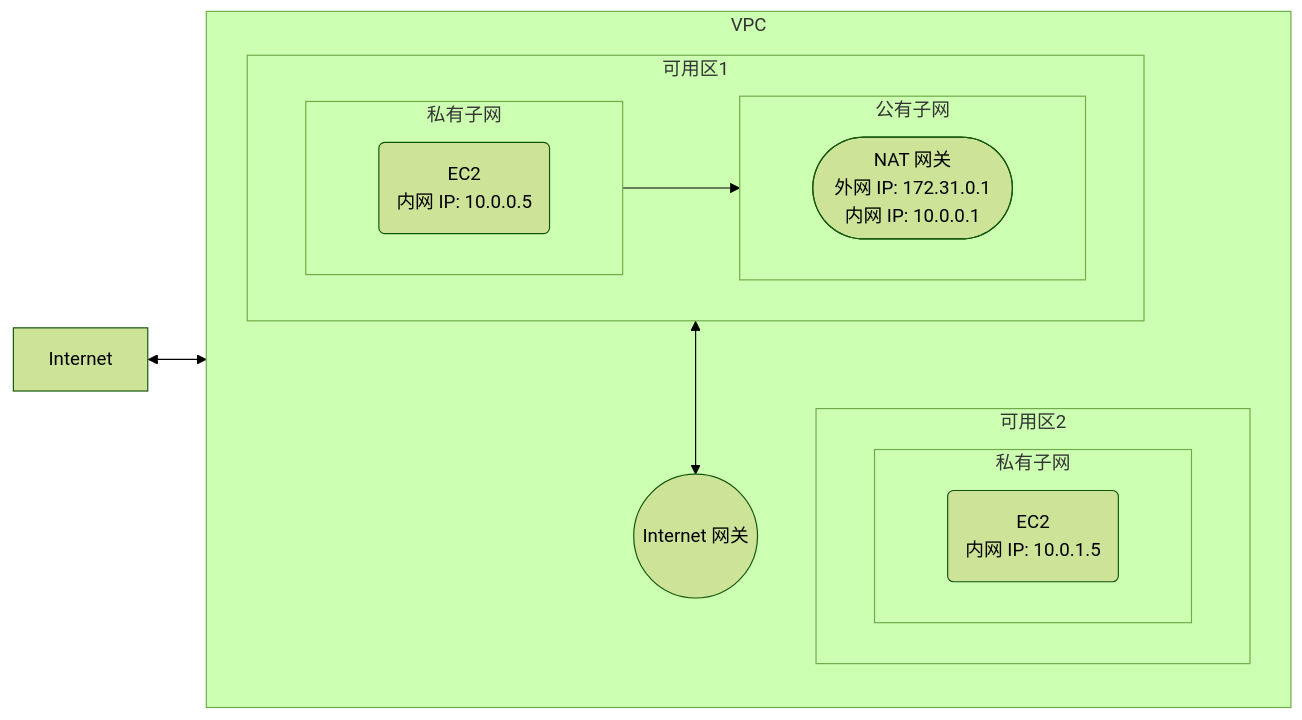
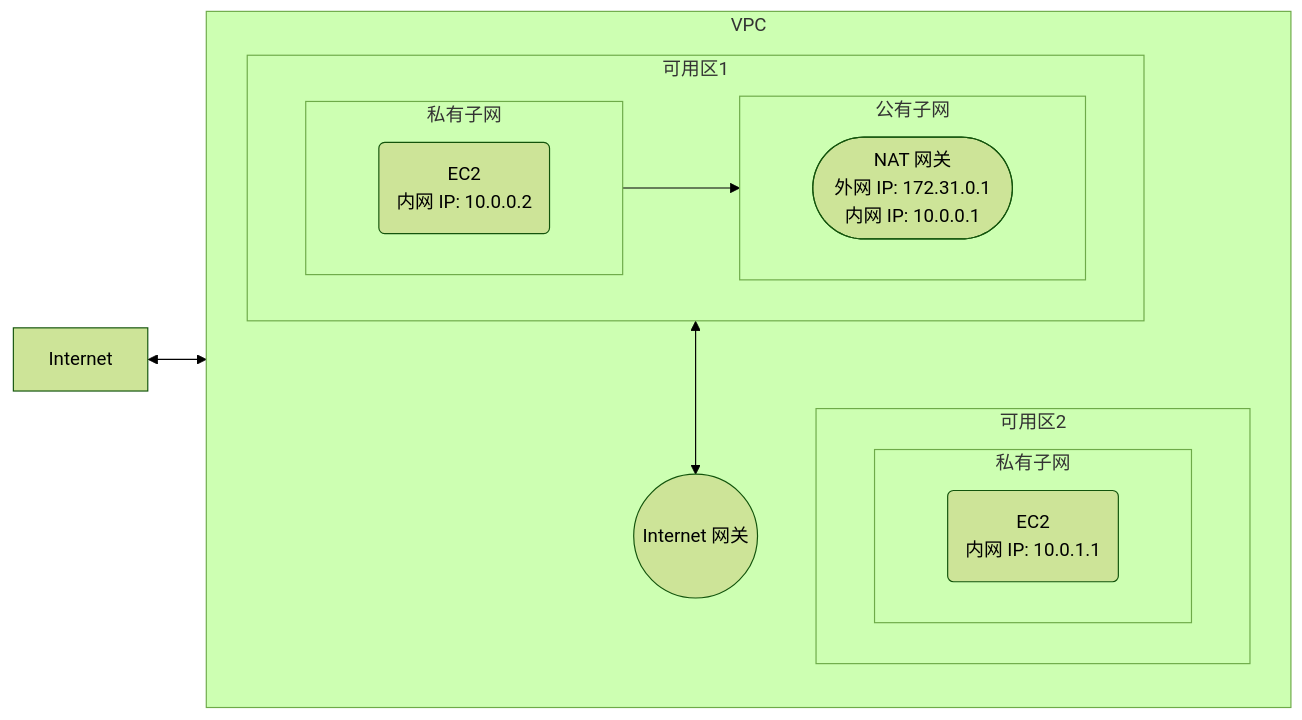
Before and after one commit to best-cloud/blog: the third of 5 diagrams in 【AWS】VPC 系列（一）一文搞懂「可用区」「子网」「Internet 网关」「NAT 网关」.md, drawn with Mermaid (forest theme). The commit also changed other lines of this file, not shown here.

````diff
--- a/【AWS】VPC 系列（一）一文搞懂「可用区」「子网」「Internet 网关」「NAT 网关」.md
+++ b/【AWS】VPC 系列（一）一文搞懂「可用区」「子网」「Internet 网关」「NAT 网关」.md
@@ -122,30 +114,30 @@
 ```mermaid
 flowchart LR
     Internet
     subgraph VPC
         direction TB
         IGW((Internet 网关))
         subgraph AZ1 [可用区1]
             direction LR
             subgraph PubSub1 [公有子网]
                 direction LR
                 NATG([NAT 网关\n外网 IP: 172.31.0.1\n内网 IP: 10.0.0.1])
             end
             subgraph PriSub1 [私有子网]
                 direction LR
-                EC2-1(EC2\n内网 IP: 10.0.0.5)
+                EC2-1(EC2\n内网 IP: 10.0.0.2)
             end
         end
         subgraph AZ2 [可用区2]
             direction LR
             subgraph PriSub2 [私有子网]
                 direction LR
-                EC2-2(EC2\n内网 IP: 10.0.1.5)
+                EC2-2(EC2\n内网 IP: 10.0.1.1)
             end
         end
     end
 
     Internet <--> IGW
     NATG <--> IGW
     EC2-1 --> NATG
 ```
````
